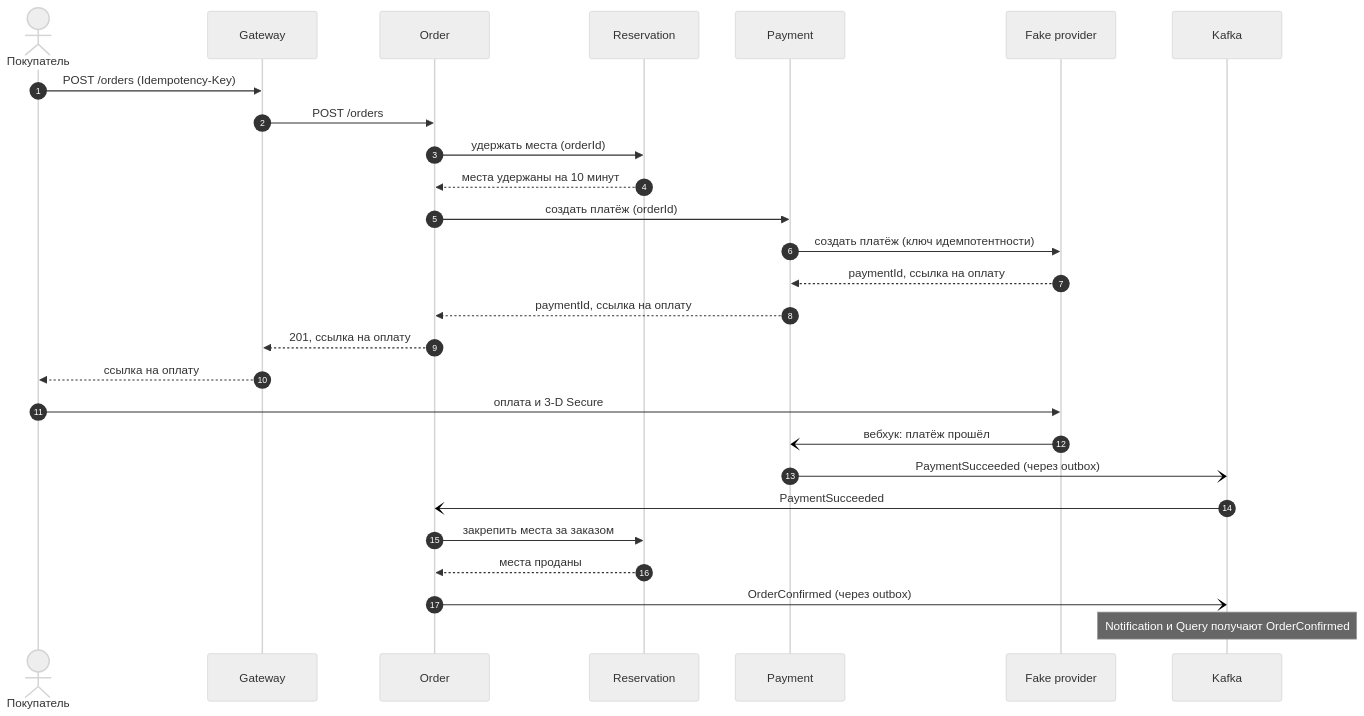
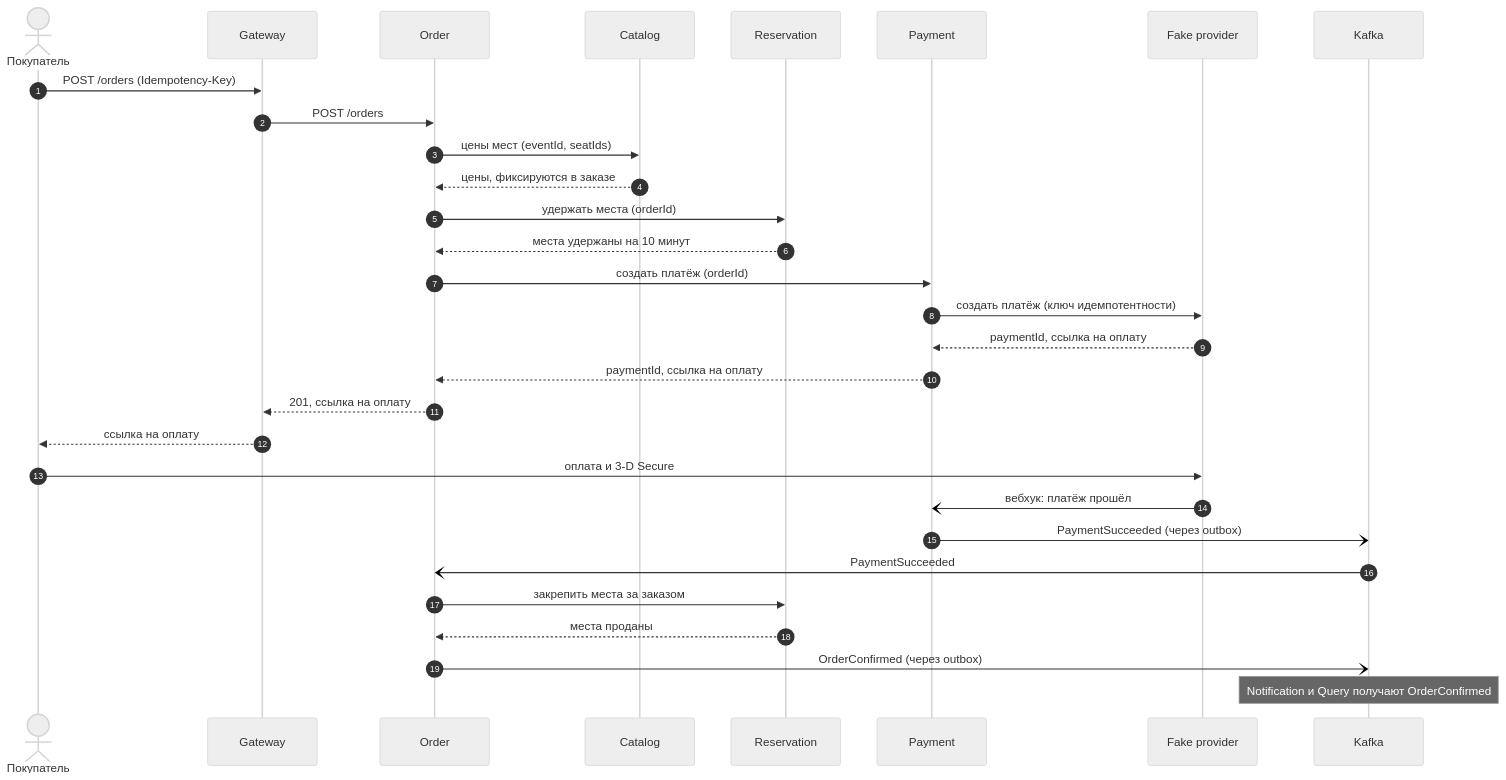
One commit to hokkaidox/tickethub changed the fourth of 4 diagrams in docs/architecture.md. Above: the diagram before and after it, drawn with Mermaid (neutral theme). The commit also changed other lines of this file and 3 other files, not shown here.

````diff
--- a/docs/architecture.md
+++ b/docs/architecture.md
@@ -132,30 +166,33 @@
 ```mermaid
 sequenceDiagram
     autonumber
     actor U as Покупатель
     participant G as Gateway
     participant O as Order
+    participant C as Catalog
     participant R as Reservation
     participant P as Payment
     participant FP as Fake provider
     participant K as Kafka
 
     U->>G: POST /orders (Idempotency-Key)
     G->>O: POST /orders
+    O->>C: цены мест (eventId, seatIds)
+    C-->>O: цены, фиксируются в заказе
     O->>R: удержать места (orderId)
     R-->>O: места удержаны на 10 минут
     O->>P: создать платёж (orderId)
     P->>FP: создать платёж (ключ идемпотентности)
     FP-->>P: paymentId, ссылка на оплату
     P-->>O: paymentId, ссылка на оплату
     O-->>G: 201, ссылка на оплату
     G-->>U: ссылка на оплату
     U->>FP: оплата и 3-D Secure
     FP-)P: вебхук: платёж прошёл
     P-)K: PaymentSucceeded (через outbox)
     K-)O: PaymentSucceeded
     O->>R: закрепить места за заказом
     R-->>O: места проданы
     O-)K: OrderConfirmed (через outbox)
     Note over K: Notification и Query получают OrderConfirmed
 ```
````
